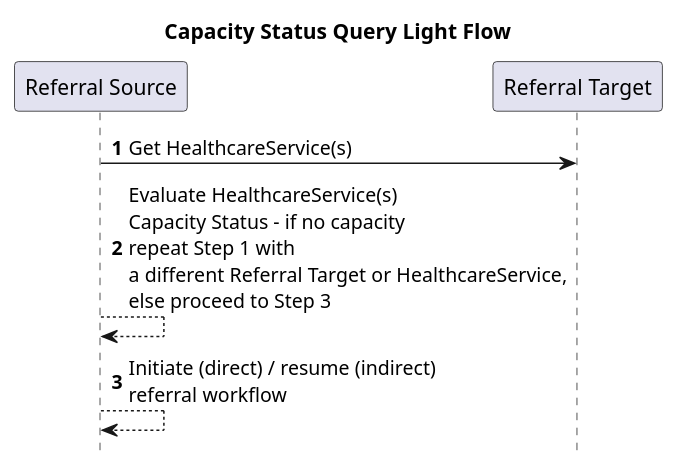
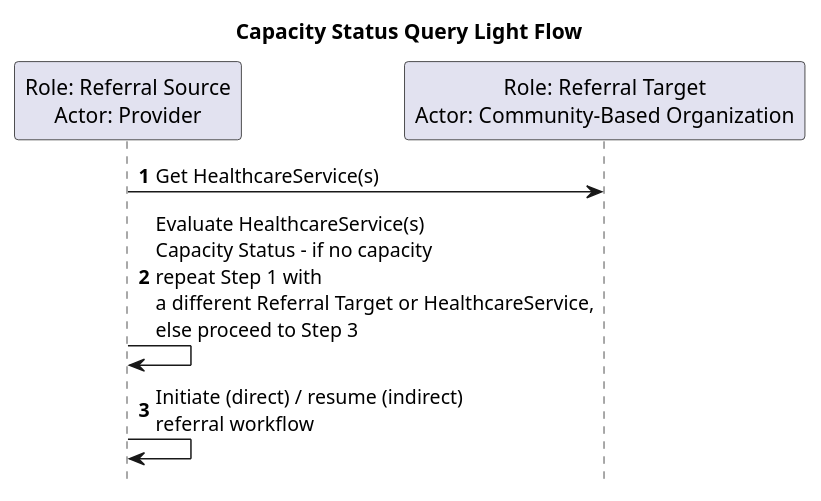
One commit to HL7/fhir-sdoh-clinicalcare changed the diagram in input/images-source/CapacityStatusSimplified.plantuml. Above: the diagram before and after it, drawn with PlantUML. The commit also changed 21 other files, not shown here.

Commit message:
Additional Diagram updates

```diff
--- a/input/images-source/CapacityStatusSimplified.plantuml
+++ b/input/images-source/CapacityStatusSimplified.plantuml
@@ -1,13 +1,13 @@
 @startuml
 /'!theme bluegray'/
 title Capacity Status Query Light Flow
 
-participant "Referral Source" as A
-participant "Referral Target" as B
+participant "Role: Referral Source\nActor: Provider" as A
+participant "Role: Referral Target\nActor: Community-Based Organization" as B
 
 autonumber
 A -> B : Get HealthcareService(s)
-A --> A : Evaluate HealthcareService(s)\nCapacity Status - if no capacity\nrepeat Step 1 with\na different Referral Target or HealthcareService,\nelse proceed to Step 3
-A --> A : Initiate (direct) / resume (indirect)\nreferral workflow
+A -> A : Evaluate HealthcareService(s)\nCapacity Status - if no capacity\nrepeat Step 1 with\na different Referral Target or HealthcareService,\nelse proceed to Step 3
+A -> A : Initiate (direct) / resume (indirect)\nreferral workflow
 hide footbox
 @enduml
```
